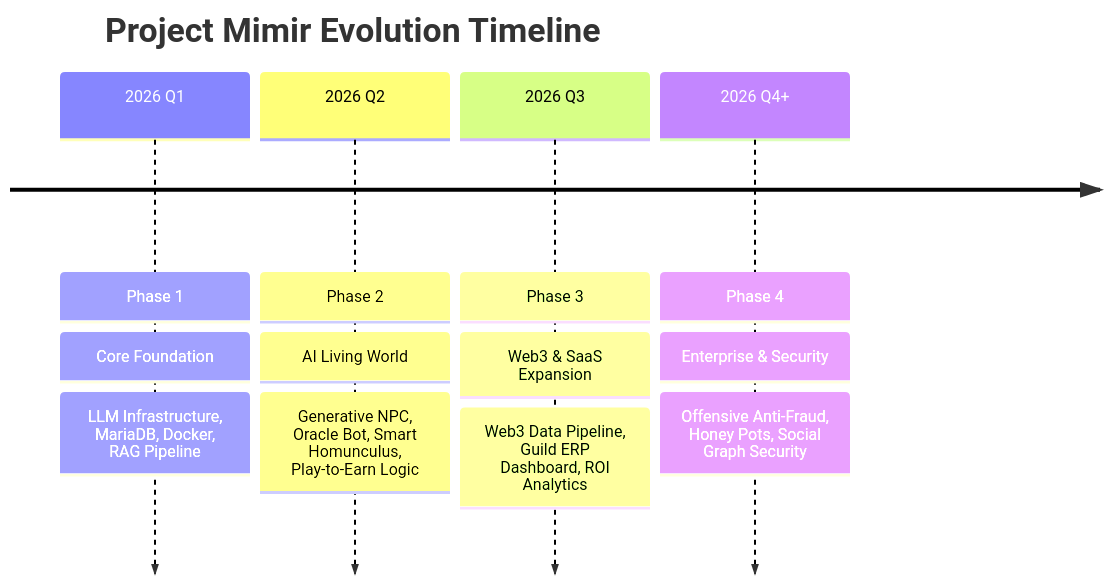
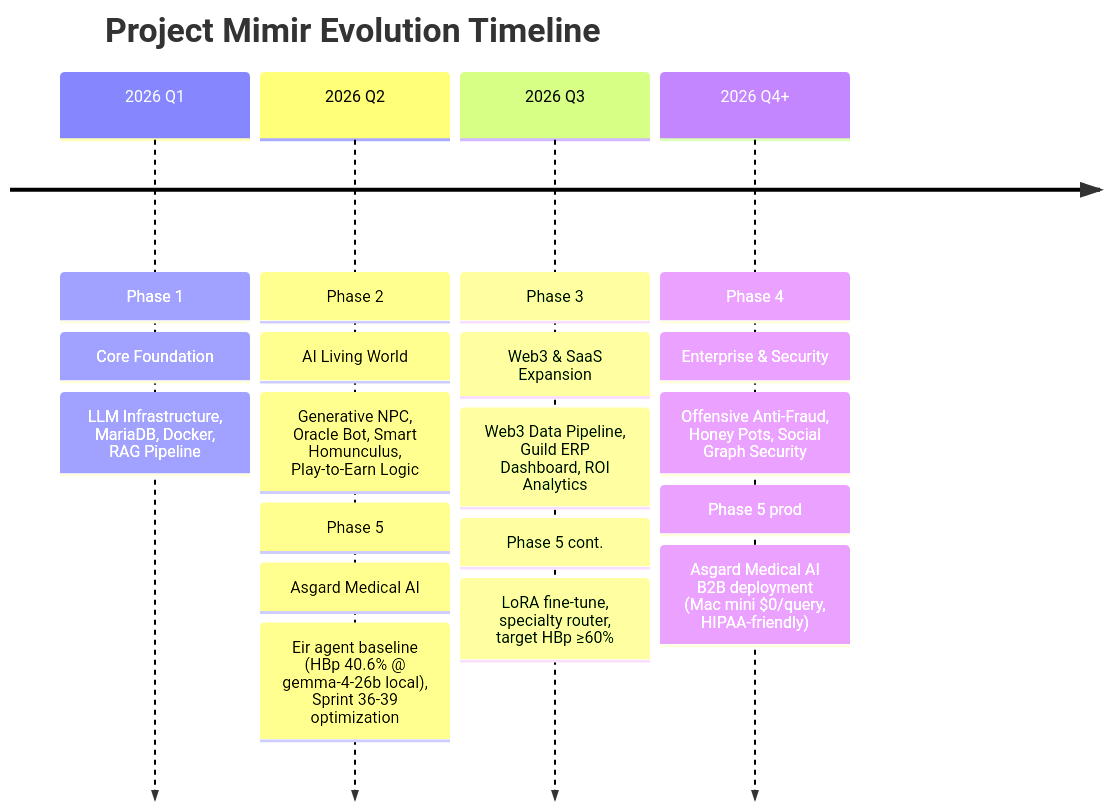
The diagram in docs/01_requirements_and_design/01_09_Product_Roadmap_Project-Mimir_TH.md (MegaWiz-Dev-Team/Mimir), drawn with Mermaid before and after one commit. The commit also changed other lines of this file and 40 other files, not shown here.

````diff
--- a/docs/01_requirements_and_design/01_09_Product_Roadmap_Project-Mimir_TH.md
+++ b/docs/01_requirements_and_design/01_09_Product_Roadmap_Project-Mimir_TH.md
@@ -10,8 +10,11 @@
 ```mermaid
 timeline
     title Project Mimir Evolution Timeline
     2026 Q1 : Phase 1: Core Foundation : LLM Infrastructure, MariaDB, Docker, RAG Pipeline
     2026 Q2 : Phase 2: AI Living World : Generative NPC, Oracle Bot, Smart Homunculus, Play-to-Earn Logic
+           : Phase 5: Asgard Medical AI : Eir agent baseline (HBp 40.6% @ gemma-4-26b local), Sprint 36-39 optimization
     2026 Q3 : Phase 3: Web3 & SaaS Expansion : Web3 Data Pipeline, Guild ERP Dashboard, ROI Analytics
+           : Phase 5 cont. : LoRA fine-tune, specialty router, target HBp ≥60%
     2026 Q4+ : Phase 4: Enterprise & Security : Offensive Anti-Fraud, Honey Pots, Social Graph Security
+           : Phase 5 prod : Asgard Medical AI B2B deployment (Mac mini $0/query, HIPAA-friendly)
 ```
````
